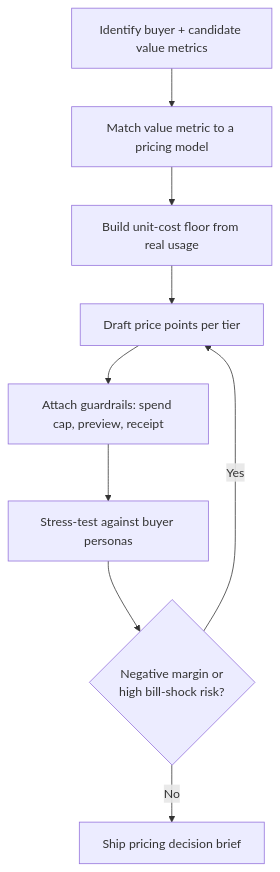
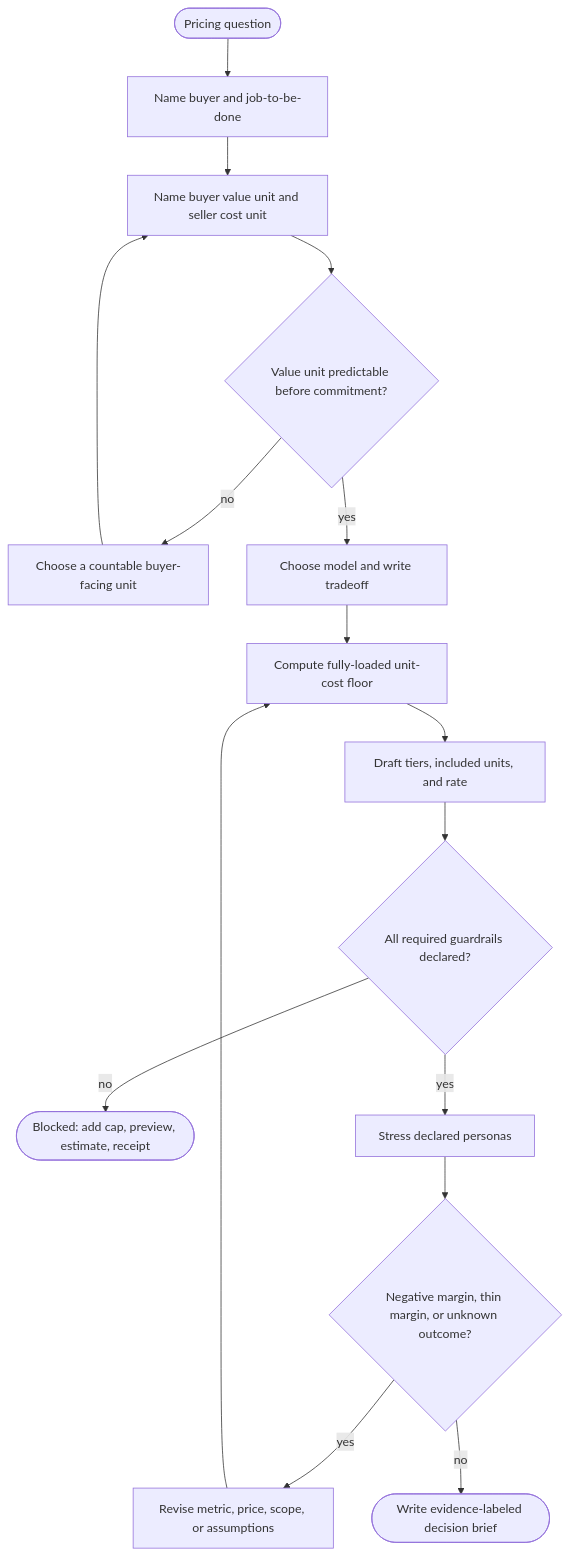
One commit to curiositech/port-daddy changed the diagram in skills/agent-labor-pricing-function/SKILL.md. Above: the diagram before and after it, drawn with Mermaid. The commit also changed other lines of this file and 1782 other files, not shown here.

````diff
--- a/skills/agent-labor-pricing-function/SKILL.md
+++ b/skills/agent-labor-pricing-function/SKILL.md
@@ -70,11 +35,18 @@
 ```mermaid
 flowchart TD
-  A[Identify buyer + candidate value metrics] --> B[Match value metric to a pricing model]
-  B --> C[Build unit-cost floor from real usage]
-  C --> D[Draft price points per tier]
-  D --> E[Attach guardrails: spend cap, preview, receipt]
-  E --> F[Stress-test against buyer personas]
-  F --> G{Negative margin or\nhigh bill-shock risk?}
-  G -->|Yes| D
-  G -->|No| H[Ship pricing decision brief]
+  Start([Pricing question]) --> Buyer[Name buyer and job-to-be-done]
+  Buyer --> Metric[Name buyer value unit and seller cost unit]
+  Metric --> Fit{Value unit predictable before commitment?}
+  Fit -->|no| Replace[Choose a countable buyer-facing unit]
+  Replace --> Metric
+  Fit -->|yes| Model[Choose model and write tradeoff]
+  Model --> Floor[Compute fully-loaded unit-cost floor]
+  Floor --> Draft[Draft tiers, included units, and rate]
+  Draft --> Guard{All required guardrails declared?}
+  Guard -->|no| Blocked([Blocked: add cap, preview, estimate, receipt])
+  Guard -->|yes| Stress[Stress declared personas]
+  Stress --> Result{Negative margin, thin margin, or unknown outcome?}
+  Result -->|yes| Revise[Revise metric, price, scope, or assumptions]
+  Revise --> Floor
+  Result -->|no| Brief([Write evidence-labeled decision brief])
 ```
````
